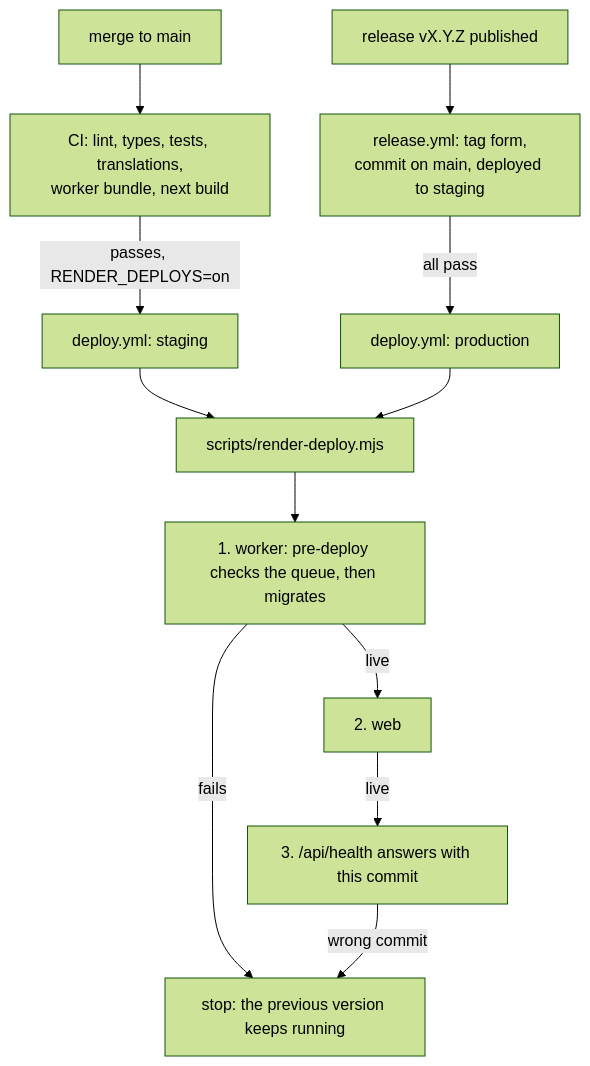
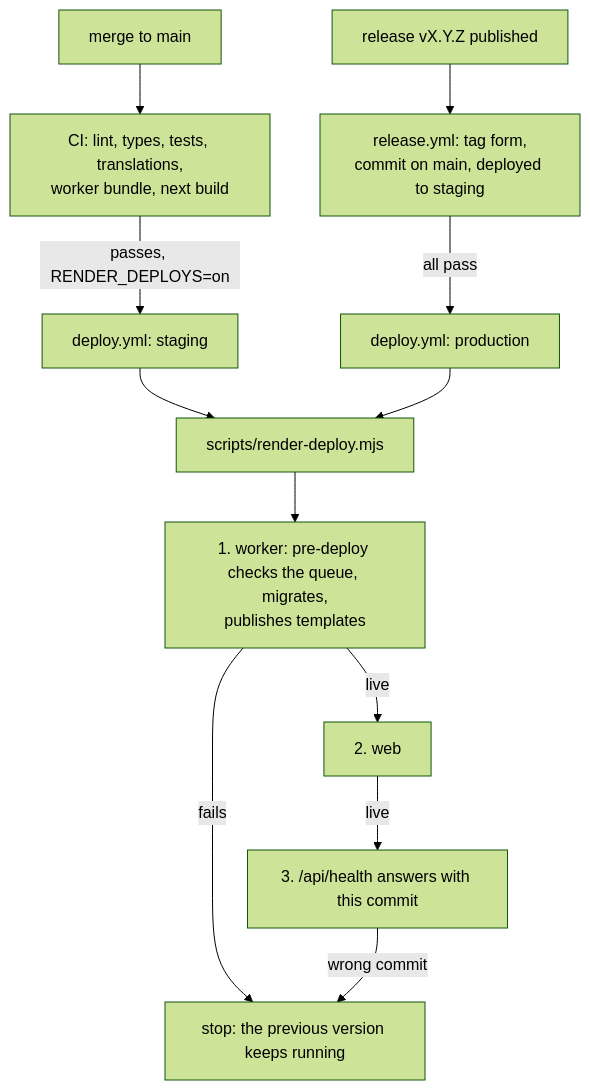
Before and after one commit to janiceyujie/talent_biz_os: diagram 16 of 17 in docs/system-map.md, drawn with Mermaid (forest theme). The commit also changed 6 other files, not shown here.

First line of the commit message:
build: publish the contract and quote templates on deploy

````diff
--- a/docs/system-map.md
+++ b/docs/system-map.md
@@ -624,14 +624,14 @@
 ```mermaid
 flowchart TD
   MAIN["merge to main"] --> CI["CI: lint, types, tests, translations,<br/>worker bundle, next build"]
   CI -->|"passes, RENDER_DEPLOYS=on"| DS["deploy.yml: staging"]
   REL["release vX.Y.Z published"] --> CHK["release.yml: tag form,<br/>commit on main, deployed to staging"]
   CHK -->|"all pass"| DP["deploy.yml: production"]
   DS --> RD["scripts/render-deploy.mjs"]
   DP --> RD
-  RD --> W1["1. worker: pre-deploy checks the queue, then migrates"]
+  RD --> W1["1. worker: pre-deploy checks the queue, migrates,<br/>publishes templates"]
   W1 -->|"live"| W2["2. web"]
   W2 -->|"live"| W3["3. /api/health answers with this commit"]
   W1 -->|"fails"| KEEP["stop: the previous version keeps running"]
   W3 -->|"wrong commit"| KEEP
 ```
````
